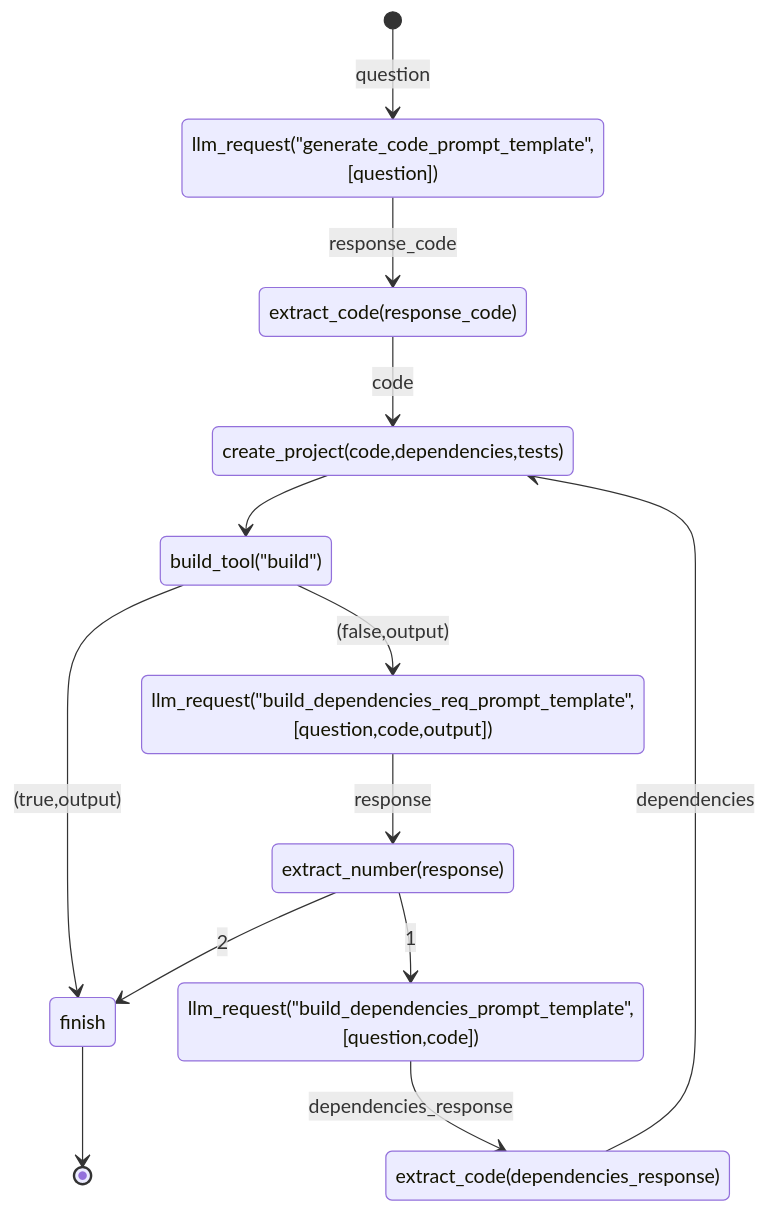
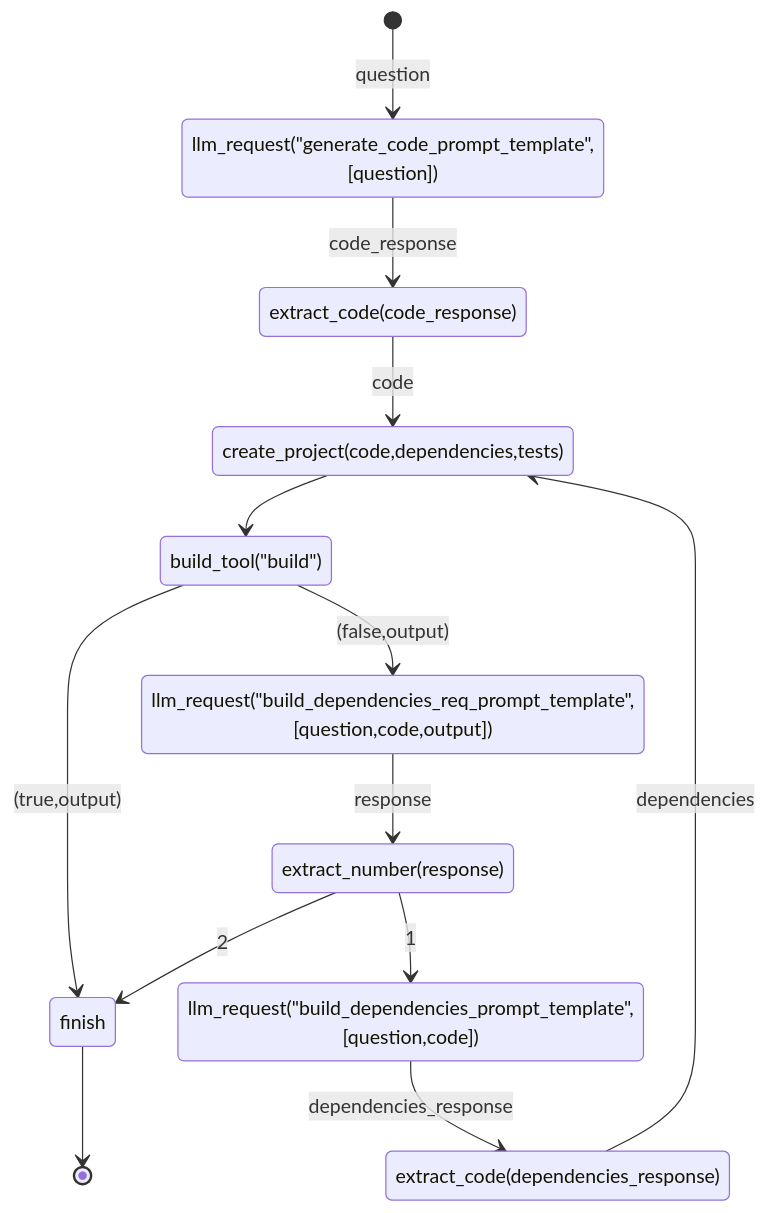
The diagram in state.md (rizgan/LLM-Logic-Exec-Verify), drawn with Mermaid before and after one commit. The commit also changed other lines of this file, not shown here.

````diff
--- a/state.md
+++ b/state.md
@@ -38,15 +38,15 @@
 ```mermaid
 stateDiagram
 [*] --> llm_request("generate_code_prompt_template",[question]) : question
-llm_request("generate_code_prompt_template",[question]) --> extract_code(response_code) : response_code
-extract_code(response_code) --> create_project(code,dependencies,tests) : code
+llm_request("generate_code_prompt_template",[question]) --> extract_code(code_response) : code_response
+extract_code(code_response) --> create_project(code,dependencies,tests) : code
 create_project(code,dependencies,tests) --> build_tool("build")
 build_tool("build") --> finish : (true,output) 
 build_tool("build") --> llm_request("build_dependencies_req_prompt_template",[question,code,output]) : (false,output) 
 llm_request("build_dependencies_req_prompt_template",[question,code,output])  --> extract_number(response) : response
 extract_number(response) --> finish : 2
 extract_number(response) -->  llm_request("build_dependencies_prompt_template",[question,code]) : 1
 llm_request("build_dependencies_prompt_template",[question,code]) --> extract_code(dependencies_response) : dependencies_response
 extract_code(dependencies_response) --> create_project(code,dependencies,tests) : dependencies 
 finish --> [*]
 ```
````
